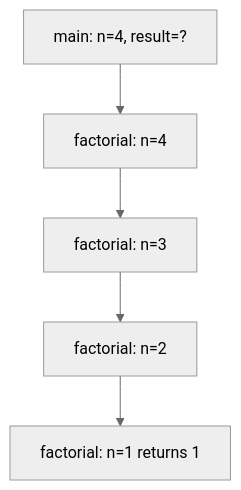
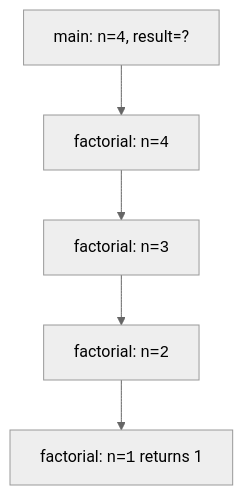
Before and after one commit to dataslope/dataslope: the fourth of 5 diagrams in content/learn/java-programming-for-beginners/stack-and-heap.mdx, drawn with Mermaid (neutral theme). The commit also changed other lines of this file and 100 other files, not shown here.

First line of the commit message:
Wrap more code in diagram labels: filenames, hex, assignments, subgraph titles

````diff
--- a/content/learn/java-programming-for-beginners/stack-and-heap.mdx
+++ b/content/learn/java-programming-for-beginners/stack-and-heap.mdx
@@ -134,9 +134,9 @@
 ```mermaid
 flowchart TB
-    M["main: n=4, result=?"]
-    F4["factorial: n=4"]
-    F3["factorial: n=3"]
-    F2["factorial: n=2"]
-    F1["factorial: n=1 returns 1"]
+    M["main: <code>n=4</code>, result=?"]
+    F4["factorial: <code>n=4</code>"]
+    F3["factorial: <code>n=3</code>"]
+    F2["factorial: <code>n=2</code>"]
+    F1["factorial: <code>n=1</code> returns 1"]
     M --> F4 --> F3 --> F2 --> F1
 ```
````
